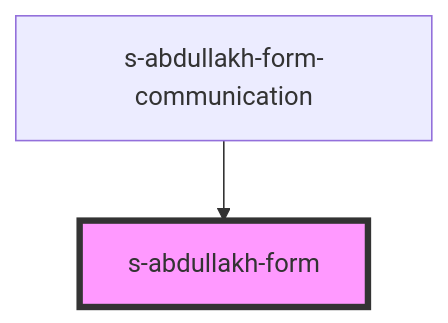
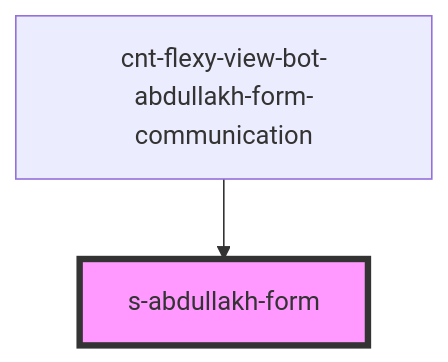
The diagram in src/components/cnt-flexy-view-abdullakh-bot-form-communication-1_0_0/res/view/cnt-flexy-view-bot-abdullakh-form-communication/res/view/s-abdullakh-form-form/readme.md (Wokh-Dada/botdevelopmentapp), drawn with Mermaid before and after one commit. The commit also changed other lines of this file and 138 other files, not shown here.

````diff
--- a/src/components/cnt-flexy-view-abdullakh-bot-form-communication-1_0_0/res/view/cnt-flexy-view-bot-abdullakh-form-communication/res/view/s-abdullakh-form-form/readme.md
+++ b/src/components/cnt-flexy-view-abdullakh-bot-form-communication-1_0_0/res/view/cnt-flexy-view-bot-abdullakh-form-communication/res/view/s-abdullakh-form-form/readme.md
@@ -22,5 +22,5 @@
 ```mermaid
 graph TD;
-  s-abdullakh-form-communication --> s-abdullakh-form
+  cnt-flexy-view-bot-abdullakh-form-communication --> s-abdullakh-form
   style s-abdullakh-form fill:#f9f,stroke:#333,stroke-width:4px
 ```
````
